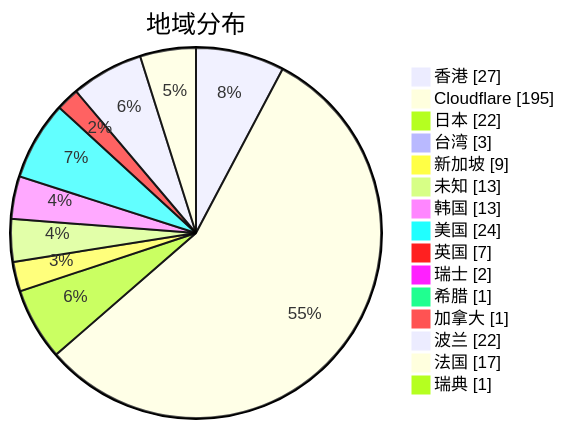
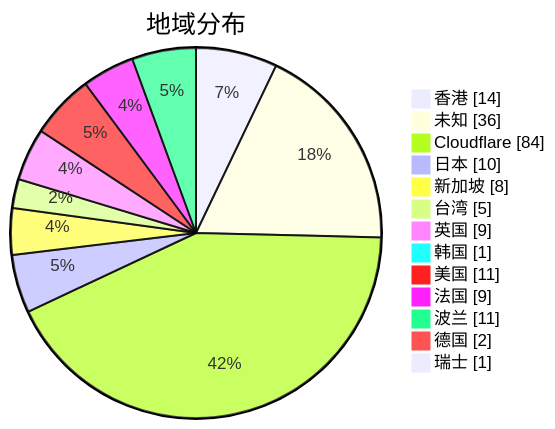
The second of 3 diagrams in subs/statistics/tested_within.md (qjlxg/airport), drawn with Mermaid before and after one commit. The commit also changed other lines of this file and 2 other files, not shown here.

Commit message:
Tested by metaST

````diff
--- a/subs/statistics/tested_within.md
+++ b/subs/statistics/tested_within.md
@@ -13,19 +12,17 @@
 ```mermaid
 pie showData
 title 地域分布
-"香港" : 27
-"Cloudflare" : 195
-"日本" : 22
-"台湾" : 3
-"新加坡" : 9
-"未知" : 13
-"韩国" : 13
-"美国" : 24
-"英国" : 7
-"瑞士" : 2
-"希腊" : 1
-"加拿大" : 1
-"波兰" : 22
-"法国" : 17
-"瑞典" : 1
+"香港" : 14
+"未知" : 36
+"Cloudflare" : 84
+"日本" : 10
+"新加坡" : 8
+"台湾" : 5
+"英国" : 9
+"韩国" : 1
+"美国" : 11
+"法国" : 9
+"波兰" : 11
+"德国" : 2
+"瑞士" : 1
 ```
````
